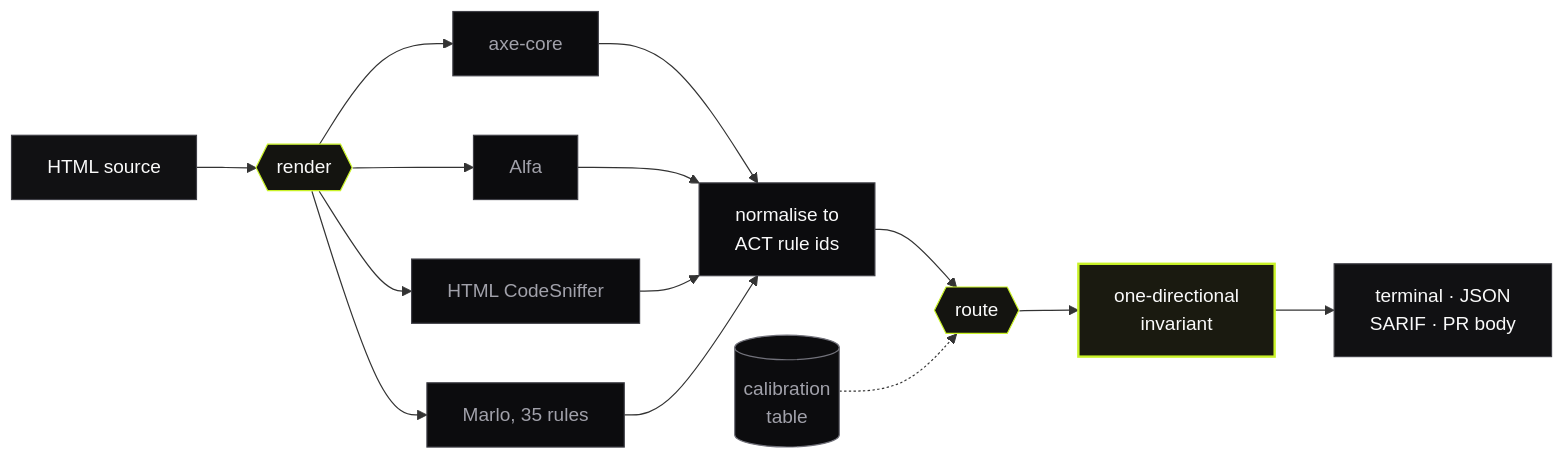
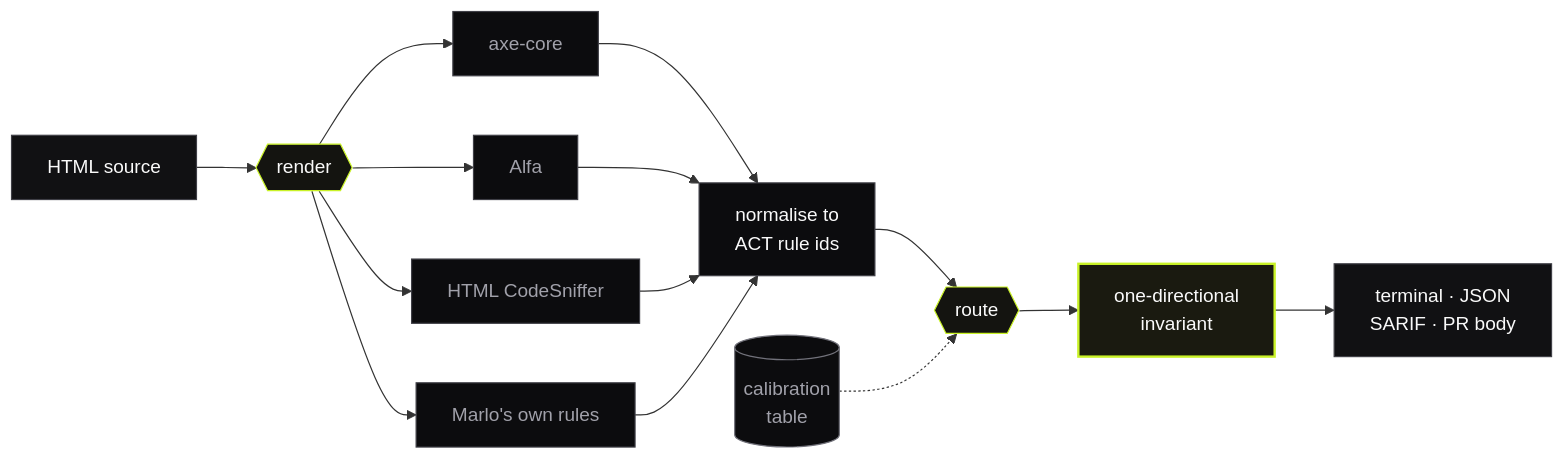
The first of 2 diagrams in README.md (KarthikSubramanian07/Marlo), drawn with Mermaid before and after one commit. The commit also changed other lines of this file and 1 other file, not shown here.

First line of the commit message:
docs: publish the browser and real-page measurements, and check every README figure

````diff
--- a/README.md
+++ b/README.md
@@ -107,23 +139,23 @@
 ```mermaid
 flowchart LR
   SRC[HTML source]:::io --> R{{render}}:::seam
   R --> AXE[axe-core]:::eng
   R --> ALF[Alfa]:::eng
   R --> HCS[HTML CodeSniffer]:::eng
-  R --> MAR[Marlo, 35 rules]:::eng
+  R --> MAR[Marlo's own rules]:::eng
   AXE --> N[normalise to<br/>ACT rule ids]:::pure
   ALF --> N
   HCS --> N
   MAR --> N
   N --> RT{{route}}:::seam
   TBL[(calibration<br/>table)]:::data -.-> RT
   RT --> INV[one-directional<br/>invariant]:::gate
   INV --> OUT[terminal · JSON<br/>SARIF · PR body]:::io
 
   classDef io fill:#111113,stroke:#3f3f46,color:#fafafa
   classDef eng fill:#0c0c0e,stroke:#3f3f46,color:#a1a1aa
   classDef pure fill:#0c0c0e,stroke:#3f3f46,color:#fafafa
   classDef seam fill:#141410,stroke:#c9f227,color:#fafafa
   classDef gate fill:#1a1a10,stroke:#c9f227,stroke-width:2px,color:#fafafa
   classDef data fill:#0c0c0e,stroke:#71717a,color:#a1a1aa
 ```
````
